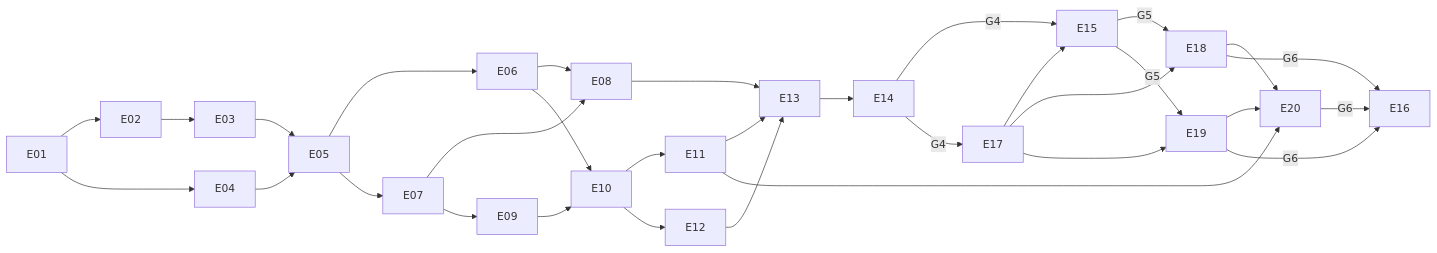
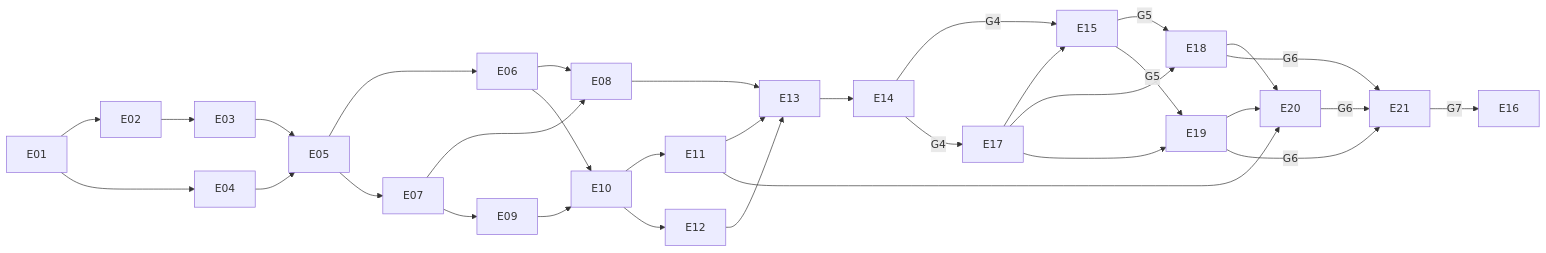
The diagram in docs/plan/README.md (KaanEmec/vitamux), drawn with Mermaid before and after one commit. The commit also changed other lines of this file and 17 other files, not shown here.

````diff
--- a/docs/plan/README.md
+++ b/docs/plan/README.md
@@ -47,17 +48,18 @@
 ```mermaid
 flowchart LR
   E01 --> E02 --> E03 --> E05
   E01 --> E04 --> E05
   E05 --> E06 & E07
   E06 & E07 --> E08
   E07 --> E09
   E06 & E09 --> E10 --> E11
   E10 --> E12
   E08 & E11 & E12 --> E13 --> E14
   E14 -->|G4| E15 -->|G5| E18 & E19
   E14 -->|G4| E17 --> E15
   E17 --> E18 & E19
   E11 --> E20
   E18 & E19 --> E20
-  E18 & E19 & E20 -->|G6| E16
+  E18 & E19 & E20 -->|G6| E21
+  E21 -->|G7| E16
 ```
````
